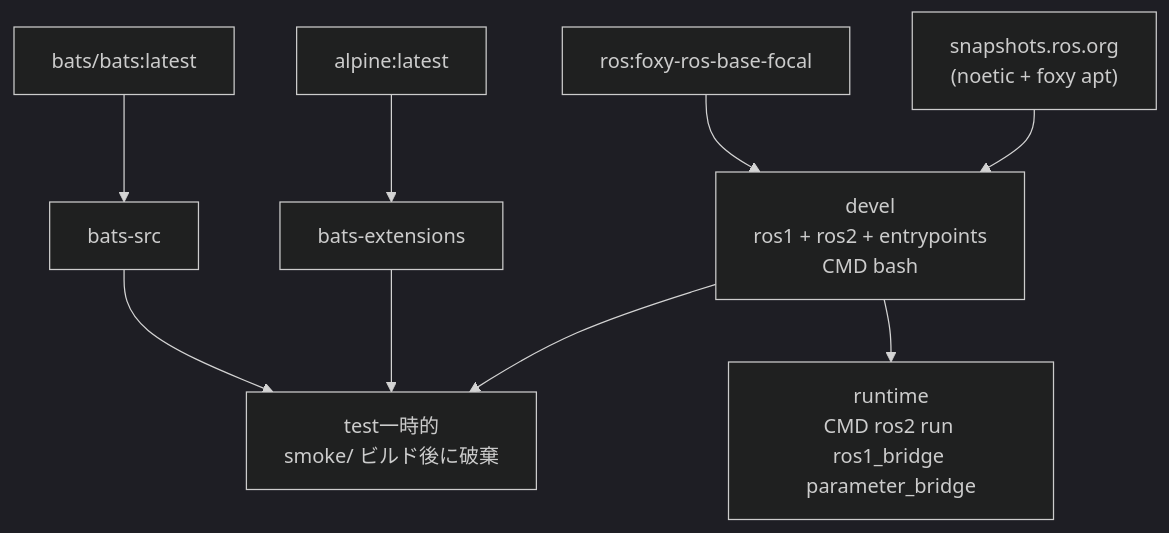
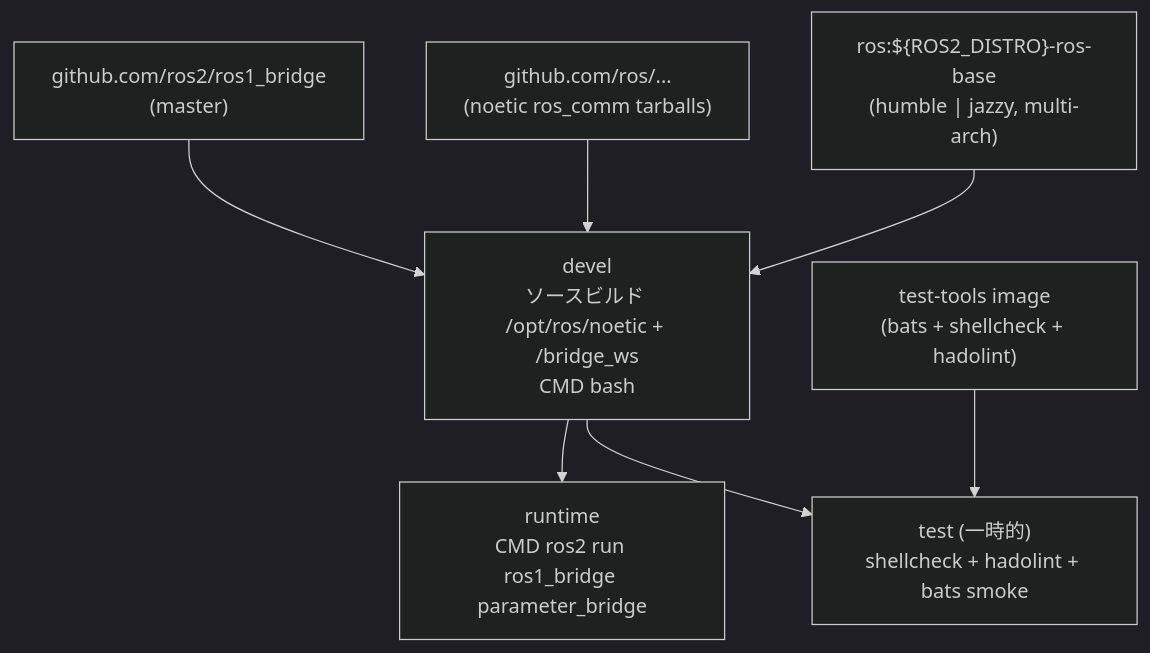
Before and after one commit to ycpss91255-docker/ros1_bridge: the diagram in doc/README.ja.md, drawn with Mermaid (dark theme). The commit also changed other lines of this file and 8 other files, not shown here.

First line of the commit message:
docs+lint: align README/CHANGELOG/TEST.md with source-build refactor; fix Dockerfile lint + bats flunk

````diff
--- a/doc/README.ja.md
+++ b/doc/README.ja.md
@@ -186,20 +188,17 @@
 ```mermaid
 graph TD
-    EXT1["bats/bats:latest"]
-    EXT2["alpine:latest"]
-    EXT3["ros:foxy-ros-base-focal"]
-    EXT4["snapshots.ros.org\n(noetic + foxy apt)"]
+    EXT1["test-tools image\n(bats + shellcheck + hadolint)"]
+    EXT3["ros:${ROS2_DISTRO}-ros-base\n(humble | jazzy, multi-arch)"]
+    EXT4["github.com/ros/...\n(noetic ros_comm tarballs)"]
+    EXT5["github.com/ros2/ros1_bridge\n(master)"]
 
-    EXT1 --> bats-src["bats-src"]
-    EXT2 --> bats-ext["bats-extensions"]
-
-    EXT3 --> devel["devel\nros1 + ros2 + entrypoints\nCMD bash"]
+    EXT3 --> devel["devel\nソースビルド /opt/ros/noetic + /bridge_ws\nCMD bash"]
     EXT4 --> devel
+    EXT5 --> devel
 
     devel --> runtime["runtime\nCMD ros2 run ros1_bridge parameter_bridge"]
 
-    bats-src --> test["test一時的\nsmoke/ ビルド後に破棄"]
-    bats-ext --> test
+    EXT1 --> test["test (一時的)\nshellcheck + hadolint + bats smoke"]
     devel --> test
 
 ```
````
